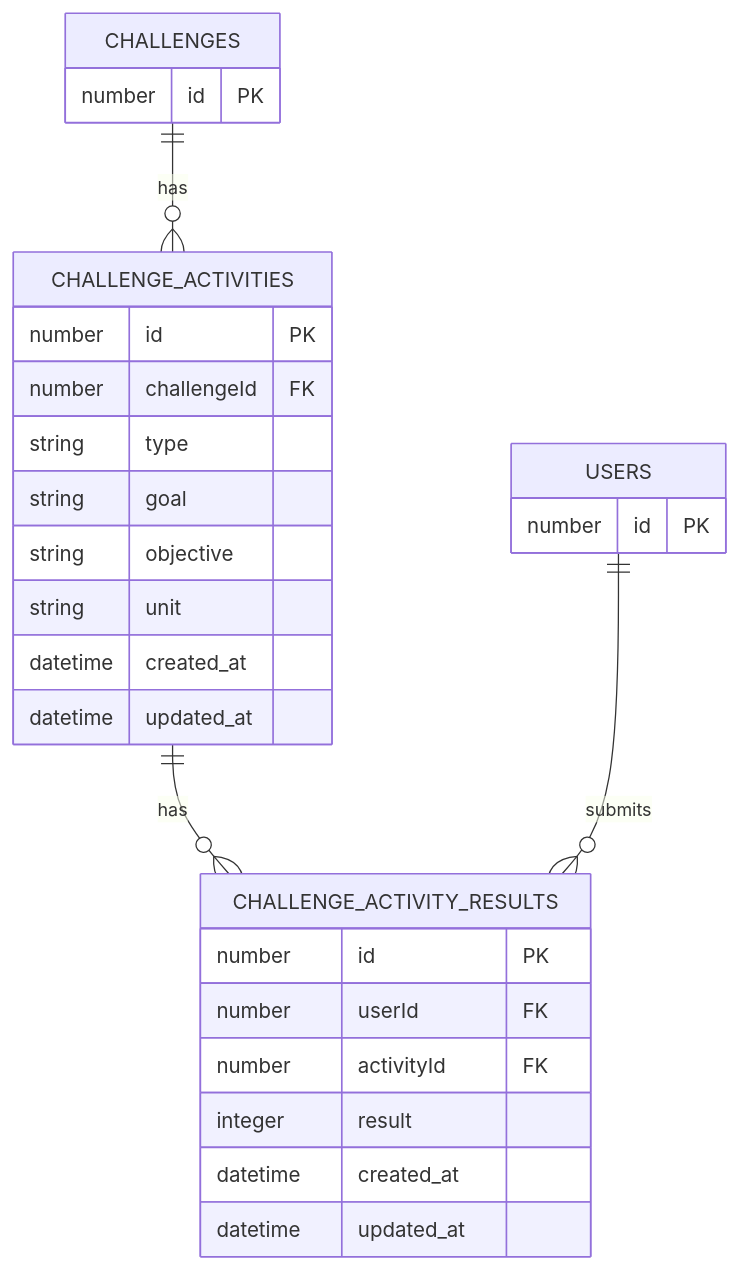
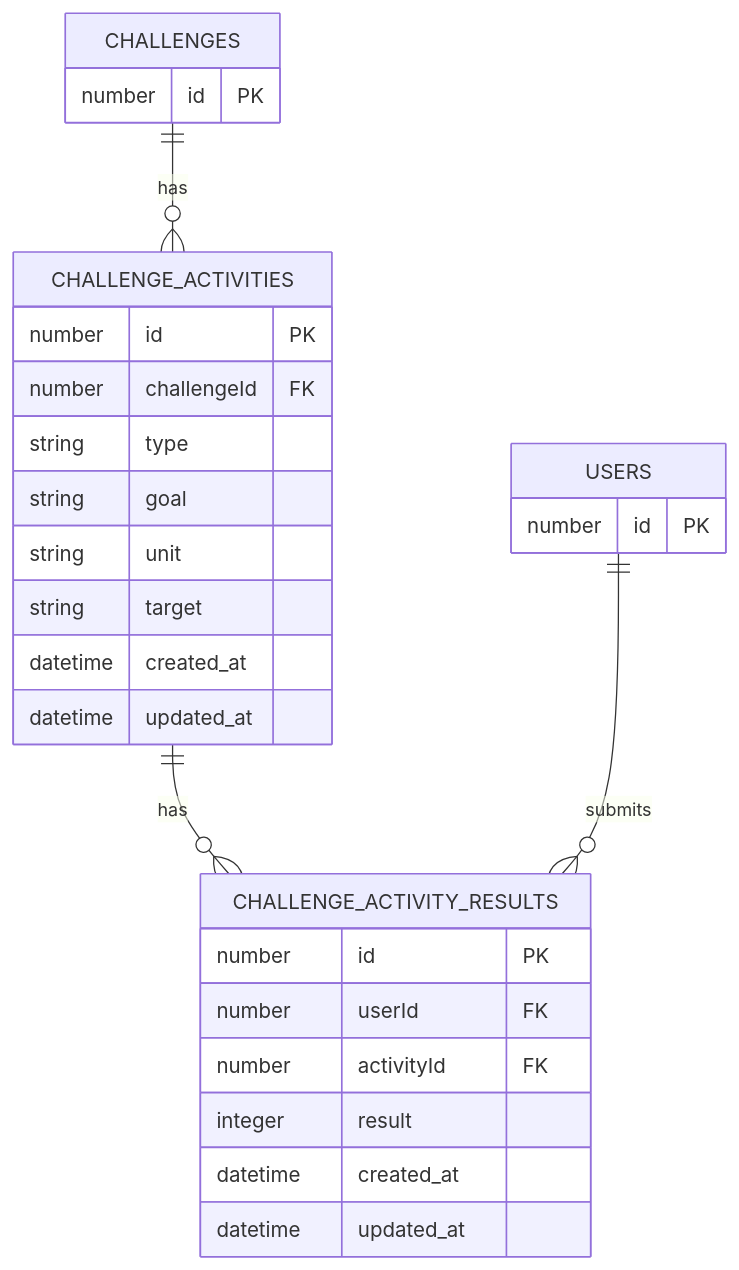
The second of 2 diagrams in libs/db/README.md (lbxa/o), drawn with Mermaid before and after one commit. The commit also changed other lines of this file, not shown here.

````diff
--- a/libs/db/README.md
+++ b/libs/db/README.md
@@ -111,35 +111,35 @@
 ```mermaid
 erDiagram
     USERS {
         number id PK
     }
 
     CHALLENGES {
         number id PK
     }
 
     CHALLENGE_ACTIVITIES {
         number id PK
         number challengeId FK
         string type
         string goal
-        string objective
         string unit
+        string target
         datetime created_at
         datetime updated_at
     }
 
     CHALLENGE_ACTIVITY_RESULTS {
         number id PK
         number userId FK
         number activityId FK
         integer result
         datetime created_at
         datetime updated_at
     }
 
     %% Relationships
     CHALLENGES ||--o{ CHALLENGE_ACTIVITIES : "has"
     CHALLENGE_ACTIVITIES ||--o{ CHALLENGE_ACTIVITY_RESULTS : "has"
     USERS ||--o{ CHALLENGE_ACTIVITY_RESULTS : "submits"
 ```
````
